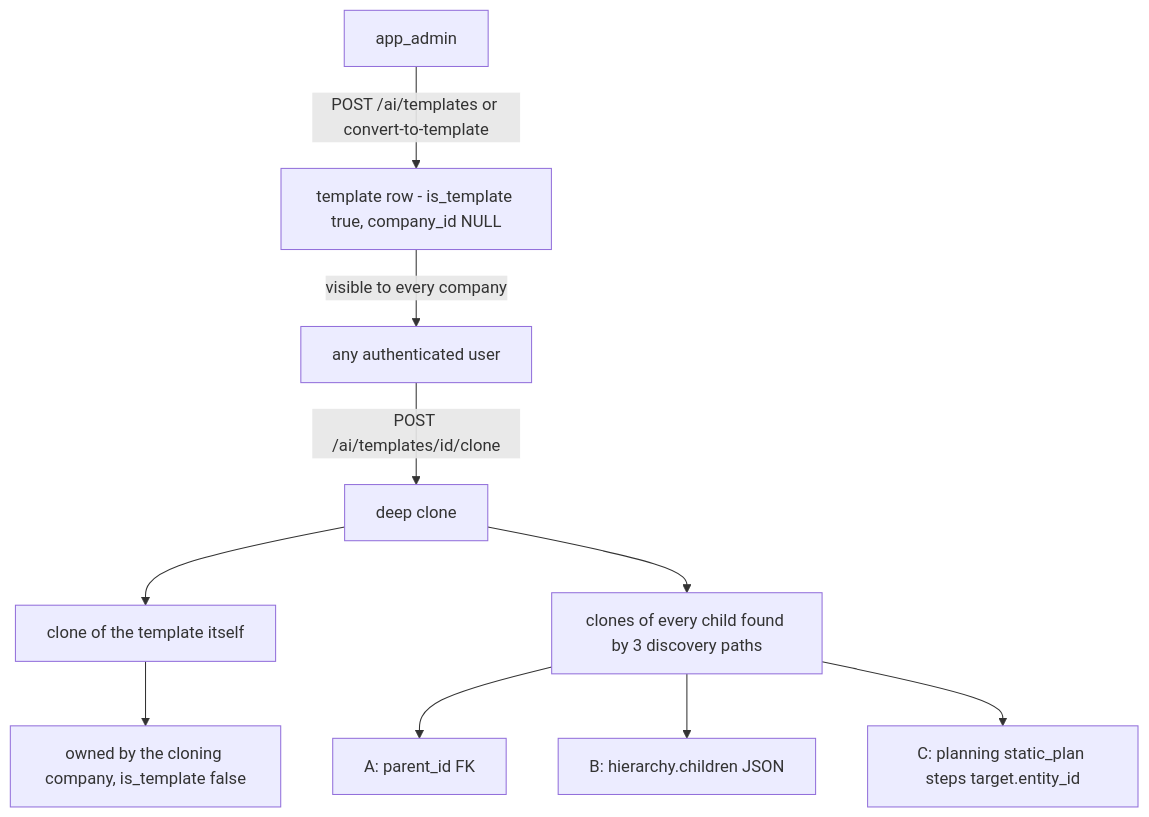
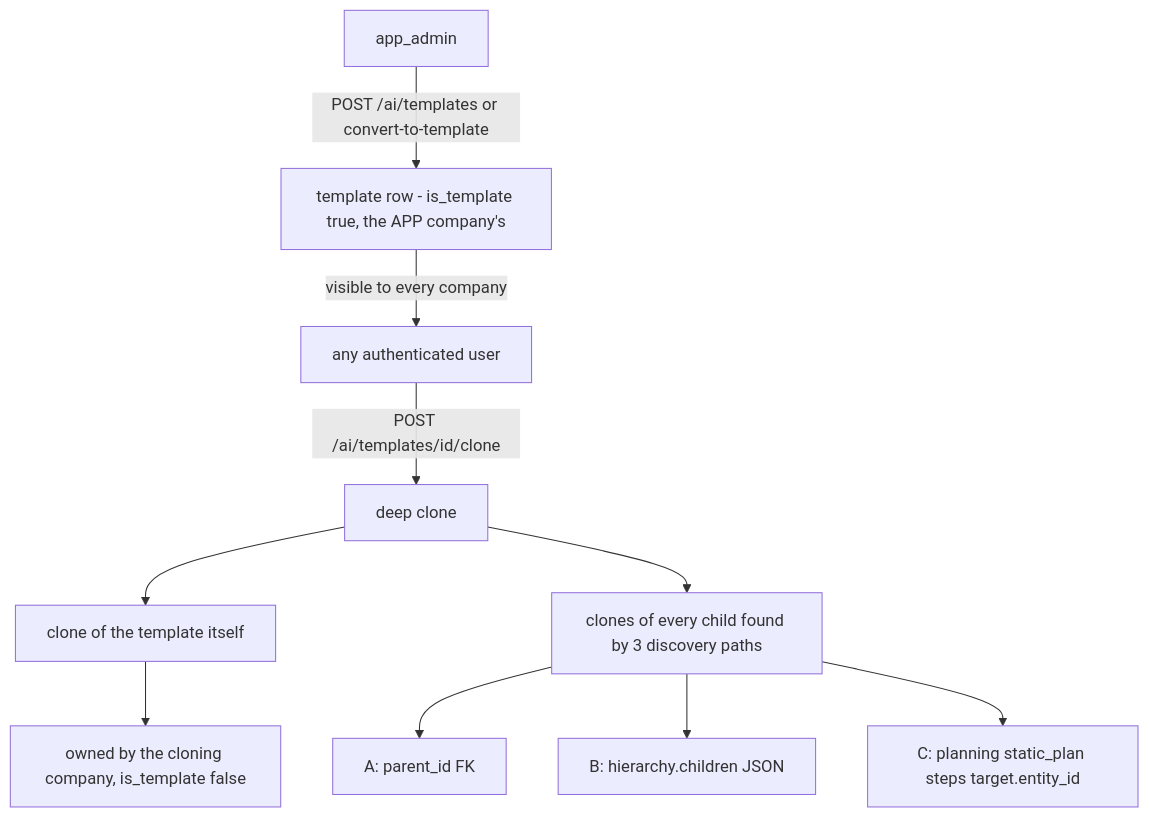
One commit to gondolerahul/hire-buddha-app changed diagram 14 of 31 in docs/current/01-product-overview.md. Above: the diagram before and after it, drawn with Mermaid. The commit also changed other lines of this file and 8 other files, not shown here.

````diff
--- a/docs/current/01-product-overview.md
+++ b/docs/current/01-product-overview.md
@@ -870,12 +870,12 @@
 ```mermaid
 flowchart TD
-    AA["app_admin"] -->|"POST /ai/templates or convert-to-template"| T["template row - is_template true, company_id NULL"]
+    AA["app_admin"] -->|"POST /ai/templates or convert-to-template"| T["template row - is_template true, the APP company's"]
     T -->|"visible to every company"| ANY["any authenticated user"]
     ANY -->|"POST /ai/templates/id/clone"| CL["deep clone"]
     CL --> C1["clone of the template itself"]
     CL --> C2["clones of every child found by 3 discovery paths"]
     C2 --> D1["A: parent_id FK"]
     C2 --> D2["B: hierarchy.children JSON"]
     C2 --> D3["C: planning static_plan steps target.entity_id"]
     C1 --> OWN["owned by the cloning company, is_template false"]
 ```
````
